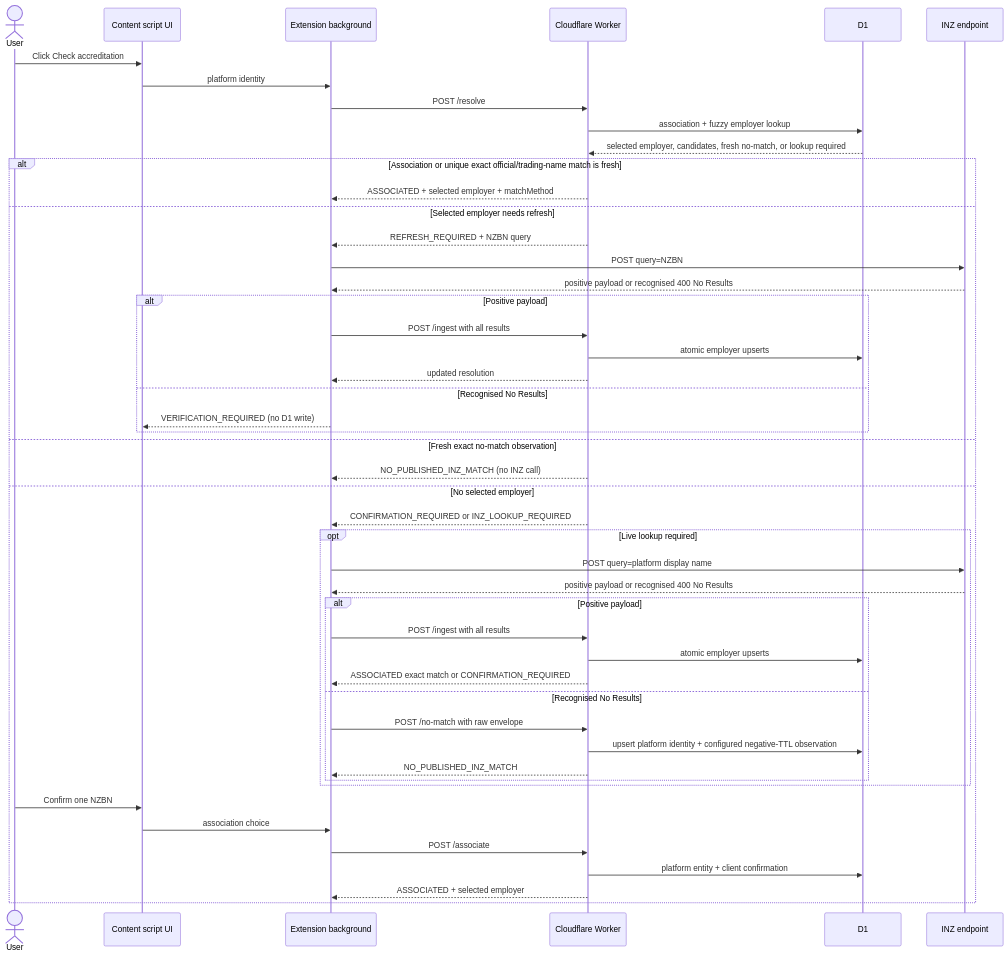
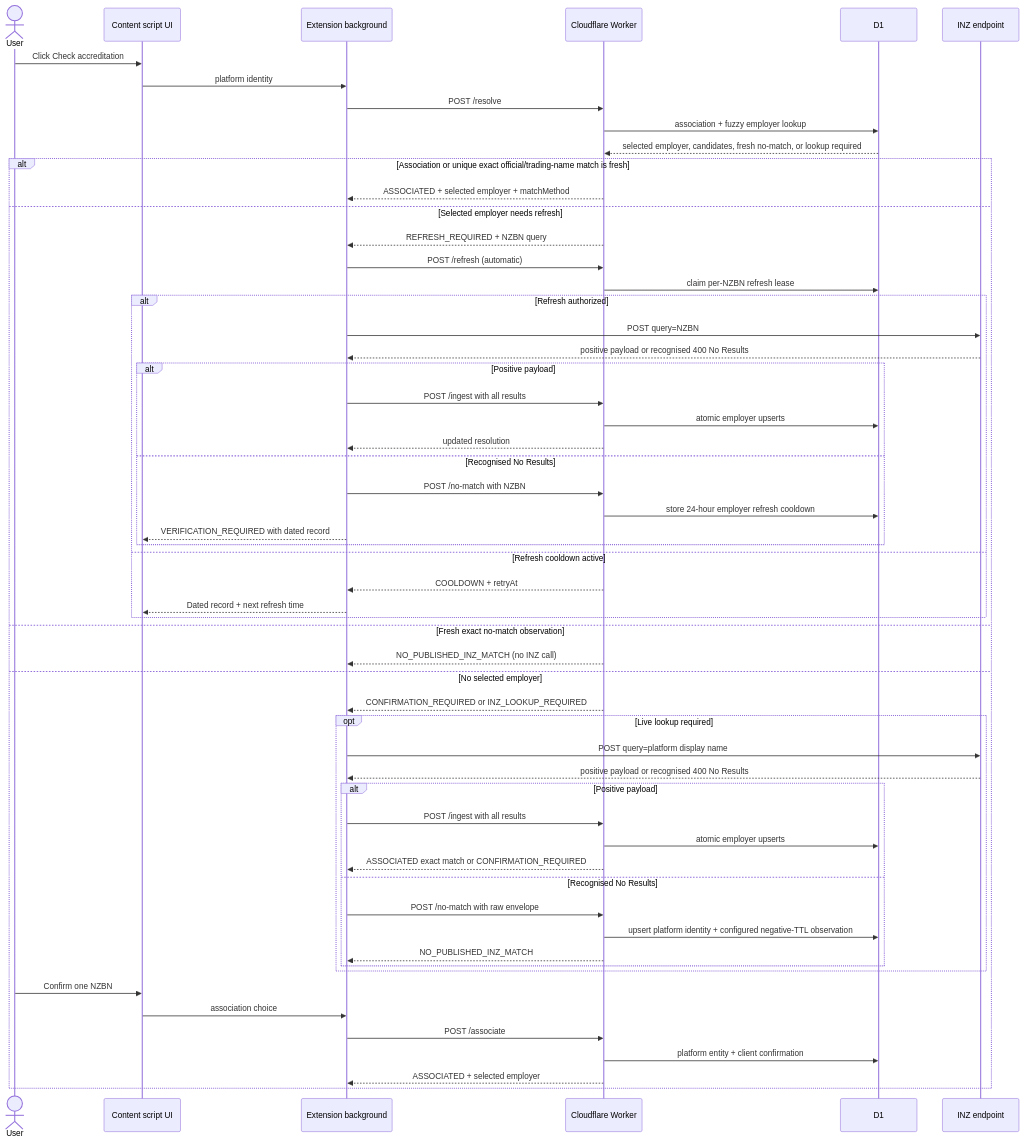
One commit to aizhimou/nz-accredited-employer-inspector changed the diagram in docs/extension-api-ssot.md. Above: the diagram before and after it, drawn with Mermaid. The commit also changed other lines of this file and 25 other files, not shown here.

Commit message:
feat: add expiry-aware employer refresh

````diff
--- a/docs/extension-api-ssot.md
+++ b/docs/extension-api-ssot.md
@@ -41,52 +42,61 @@
 ```mermaid
 sequenceDiagram
     actor User
     participant UI as Content script UI
     participant Ext as Extension background
     participant API as Cloudflare Worker
     participant D1 as D1
     participant INZ as INZ endpoint
 
     User->>UI: Click Check accreditation
     UI->>Ext: platform identity
     Ext->>API: POST /resolve
     API->>D1: association + fuzzy employer lookup
     D1-->>API: selected employer, candidates, fresh no-match, or lookup required
 
     alt Association or unique exact official/trading-name match is fresh
         API-->>Ext: ASSOCIATED + selected employer + matchMethod
     else Selected employer needs refresh
         API-->>Ext: REFRESH_REQUIRED + NZBN query
-        Ext->>INZ: POST query=NZBN
-        INZ-->>Ext: positive payload or recognised 400 No Results
-        alt Positive payload
-            Ext->>API: POST /ingest with all results
-            API->>D1: atomic employer upserts
-            API-->>Ext: updated resolution
-        else Recognised No Results
-            Ext-->>UI: VERIFICATION_REQUIRED (no D1 write)
+        Ext->>API: POST /refresh (automatic)
+        API->>D1: claim per-NZBN refresh lease
+        alt Refresh authorized
+            Ext->>INZ: POST query=NZBN
+            INZ-->>Ext: positive payload or recognised 400 No Results
+            alt Positive payload
+                Ext->>API: POST /ingest with all results
+                API->>D1: atomic employer upserts
+                API-->>Ext: updated resolution
+            else Recognised No Results
+                Ext->>API: POST /no-match with NZBN
+                API->>D1: store 24-hour employer refresh cooldown
+                Ext-->>UI: VERIFICATION_REQUIRED with dated record
+            end
+        else Refresh cooldown active
+            API-->>Ext: COOLDOWN + retryAt
+            Ext-->>UI: Dated record + next refresh time
         end
     else Fresh exact no-match observation
         API-->>Ext: NO_PUBLISHED_INZ_MATCH (no INZ call)
     else No selected employer
         API-->>Ext: CONFIRMATION_REQUIRED or INZ_LOOKUP_REQUIRED
         opt Live lookup required
             Ext->>INZ: POST query=platform display name
             INZ-->>Ext: positive payload or recognised 400 No Results
             alt Positive payload
                 Ext->>API: POST /ingest with all results
                 API->>D1: atomic employer upserts
                 API-->>Ext: ASSOCIATED exact match or CONFIRMATION_REQUIRED
             else Recognised No Results
                 Ext->>API: POST /no-match with raw envelope
                 API->>D1: upsert platform identity + configured negative-TTL observation
                 API-->>Ext: NO_PUBLISHED_INZ_MATCH
             end
         end
         User->>UI: Confirm one NZBN
         UI->>Ext: association choice
         Ext->>API: POST /associate
         API->>D1: platform entity + client confirmation
         API-->>Ext: ASSOCIATED + selected employer
     end
 ```
````
